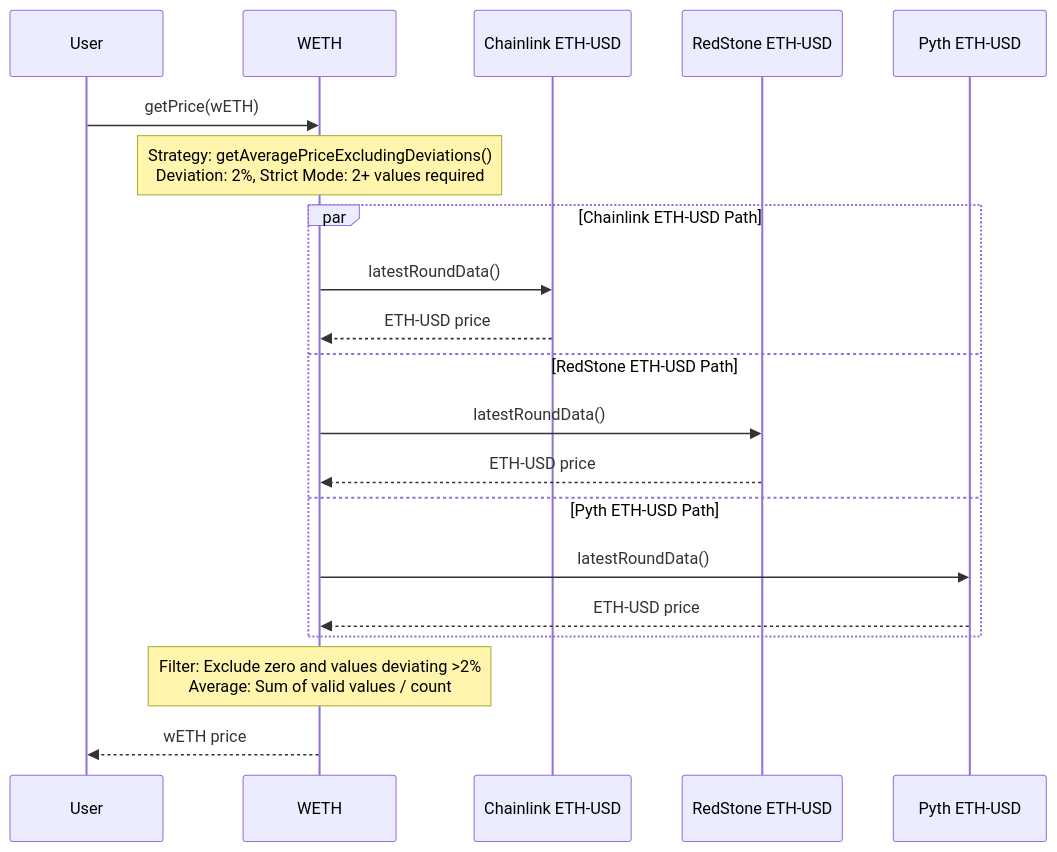
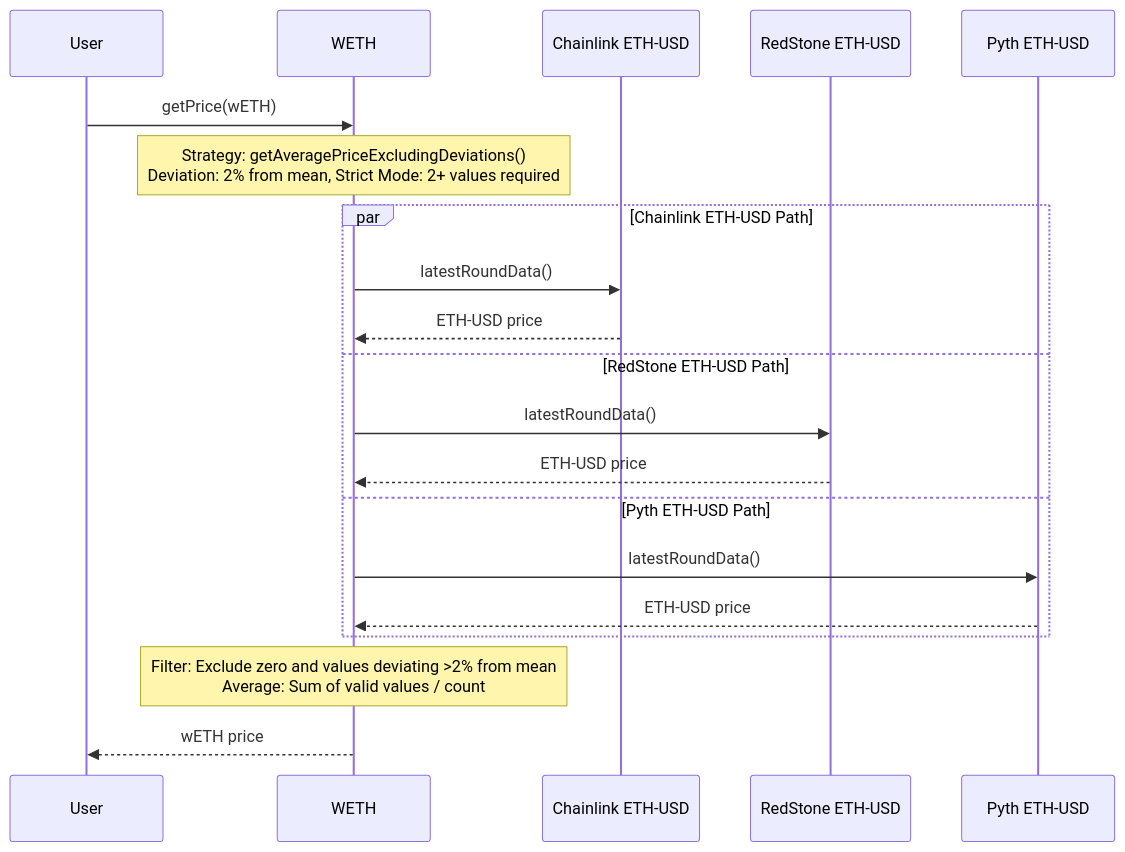
One commit to OlympusDAO/olympus-v3 changed the first of 3 diagrams in documentation/price.md. Above: the diagram before and after it, drawn with Mermaid. The commit also changed other lines of this file, not shown here.

First line of the commit message:
docs(price): clarify deviation reference is from mean

````diff
--- a/documentation/price.md
+++ b/documentation/price.md
@@ -41,26 +41,26 @@
 ```mermaid
 sequenceDiagram
     participant User
     participant WETH
     participant CL_ETH as Chainlink ETH-USD
     participant RS_ETH as RedStone ETH-USD
     participant Pyth_ETH as Pyth ETH-USD
 
     User->>WETH: getPrice(wETH)
 
-    Note over WETH: Strategy: getAveragePriceExcludingDeviations()<br/>Deviation: 2%, Strict Mode: 2+ values required
+    Note over WETH: Strategy: getAveragePriceExcludingDeviations()<br/>Deviation: 2% from mean, Strict Mode: 2+ values required
 
     par Chainlink ETH-USD Path
         WETH->>CL_ETH: latestRoundData()
         CL_ETH-->>WETH: ETH-USD price
     and RedStone ETH-USD Path
         WETH->>RS_ETH: latestRoundData()
         RS_ETH-->>WETH: ETH-USD price
     and Pyth ETH-USD Path
         WETH->>Pyth_ETH: latestRoundData()
         Pyth_ETH-->>WETH: ETH-USD price
     end
 
-    Note over WETH: Filter: Exclude zero and values deviating >2%<br/>Average: Sum of valid values / count
+    Note over WETH: Filter: Exclude zero and values deviating >2% from mean<br/>Average: Sum of valid values / count
     WETH-->>User: wETH price
 ```
````
